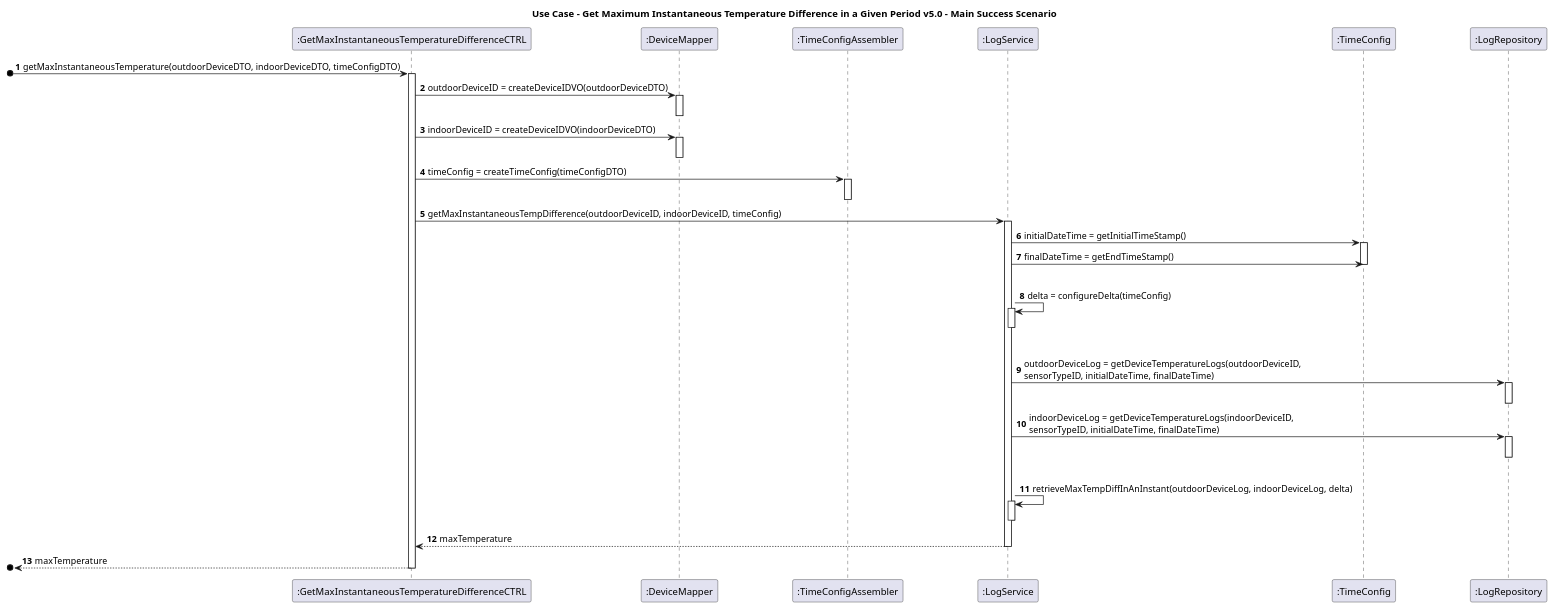
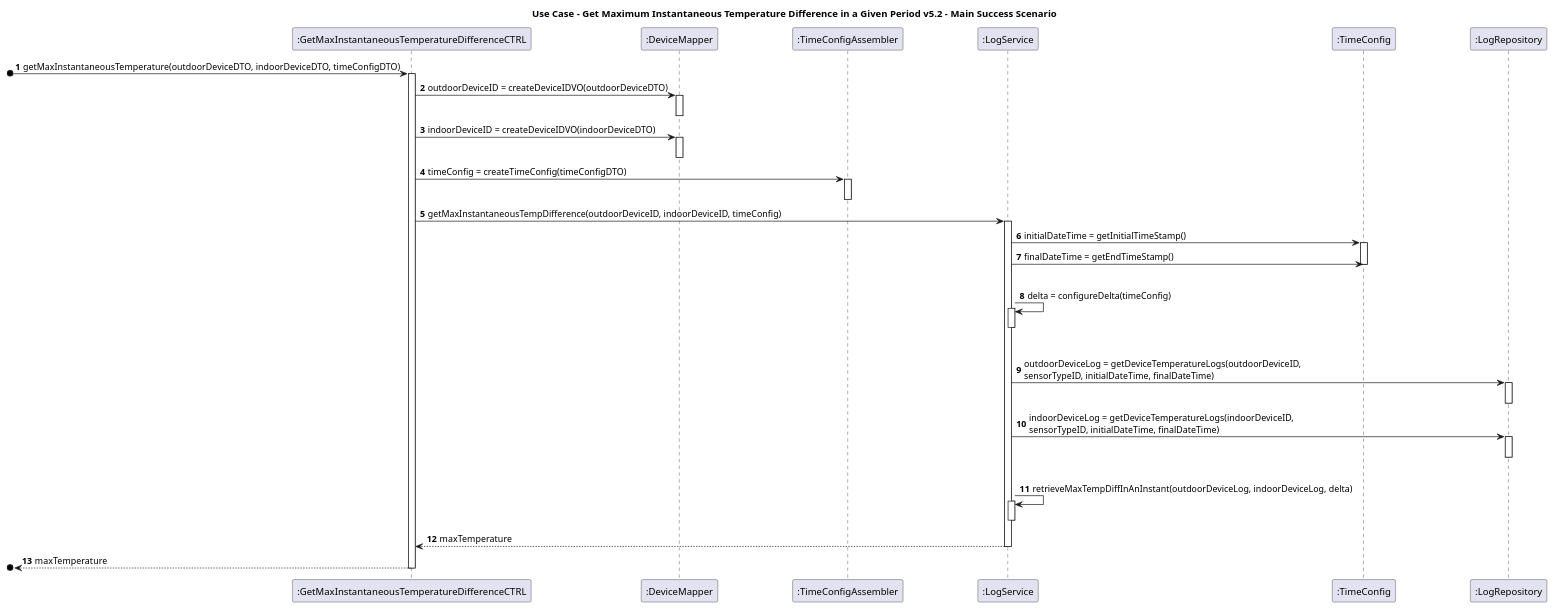
Before and after one commit to AfonsoNeves77/smartHouse: the diagram in docs/usecases/getmaxtemperaturedifferencewithininterval/GetMaxTemperatureDifference_SequenceDiagram_v5.2.puml, drawn with PlantUML. The commit also changed 3 other files, not shown here.

First line of the commit message:
[docs]: update documentation for get maximum instantaneous temperature use case. #366

```diff
--- a/docs/usecases/getmaxtemperaturedifferencewithininterval/GetMaxTemperatureDifference_SequenceDiagram_v5.2.puml
+++ b/docs/usecases/getmaxtemperaturedifferencewithininterval/GetMaxTemperatureDifference_SequenceDiagram_v5.2.puml
@@ -1,61 +1,61 @@
 @startuml
 
 skinparam ParticipantPadding 50
 
 autonumber
-title Use Case - Get Maximum Instantaneous Temperature Difference in a Given Period v5.0 - Main Success Scenario
+title Use Case - Get Maximum Instantaneous Temperature Difference in a Given Period v5.2 - Main Success Scenario
 
 participant ":GetMaxInstantaneousTemperatureDifferenceCTRL" as C
 participant ":DeviceMapper" as DM
 participant ":TimeConfigAssembler" as TCA
 participant ":LogService" as LS
 participant ":TimeConfig" as TC
 participant ":LogRepository" as LR
 
 
 [o-> C : getMaxInstantaneousTemperature(outdoorDeviceDTO, indoorDeviceDTO, timeConfigDTO)
 activate C
 
 C -> DM : outdoorDeviceID = createDeviceIDVO(outdoorDeviceDTO)
 activate DM
 deactivate DM
 
 C -> DM : indoorDeviceID = createDeviceIDVO(indoorDeviceDTO)
 activate DM
 deactivate DM
 
 C -> TCA : timeConfig = createTimeConfig(timeConfigDTO)
 activate TCA
 deactivate TCA
 
 C -> LS : getMaxInstantaneousTempDifference(outdoorDeviceID, indoorDeviceID, timeConfig)
 activate LS
 LS -> TC : initialDateTime = getInitialTimeStamp()
 activate TC
 LS -> TC : finalDateTime = getEndTimeStamp()
 |||
 deactivate TC
 
 LS -> LS : delta = configureDelta(timeConfig)
 activate LS
 deactivate LS
 |||
 LS -> LR : outdoorDeviceLog = getDeviceTemperatureLogs(outdoorDeviceID,\nsensorTypeID, initialDateTime, finalDateTime)
 activate LR
 deactivate LR
 
 LS -> LR : indoorDeviceLog = getDeviceTemperatureLogs(indoorDeviceID,\nsensorTypeID, initialDateTime, finalDateTime)
 activate LR
 deactivate LR
 |||
 
 LS -> LS : retrieveMaxTempDiffInAnInstant(outdoorDeviceLog, indoorDeviceLog, delta)
 activate LS
 deactivate LS
 LS --> C : maxTemperature
 deactivate LS
 
 [o<-- C : maxTemperature
 deactivate C
 
 @enduml
```
